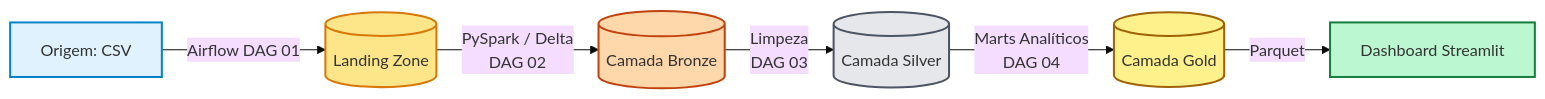
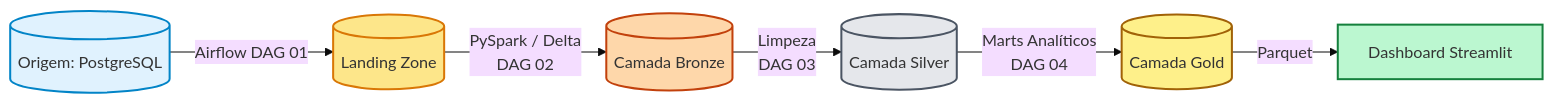
One commit to Polarzinha008/projeto-ed-satc changed the diagram in docs/arquitetura.md. Above: the diagram before and after it, drawn with Mermaid (base theme). The commit also changed other lines of this file and 6 other files, not shown here.

```diff
--- a/docs/arquitetura.md
+++ b/docs/arquitetura.md
@@ -25,15 +25,15 @@
 <div class="mermaid">
 graph LR
     style A fill:#e0f2fe,stroke:#0284c7,stroke-width:2px
     style B fill:#fde68a,stroke:#d97706,stroke-width:2px
     style C fill:#fed7aa,stroke:#c2410c,stroke-width:2px
     style D fill:#e5e7eb,stroke:#4b5563,stroke-width:2px
     style E fill:#fef08a,stroke:#a16207,stroke-width:2px
     style F fill:#bbf7d0,stroke:#15803d,stroke-width:2px
 
-    A[Origem: CSV] -->|Airflow DAG 01| B[(Landing Zone)]
+    A[(Origem: PostgreSQL)] -->|Airflow DAG 01| B[(Landing Zone)]
     B -->|PySpark / Delta<br>DAG 02| C[(Camada Bronze)]
     C -->|Limpeza<br>DAG 03| D[(Camada Silver)]
     D -->|Marts Analíticos<br>DAG 04| E[(Camada Gold)]
     E -->|Parquet| F[Dashboard Streamlit]
 </div>
```
